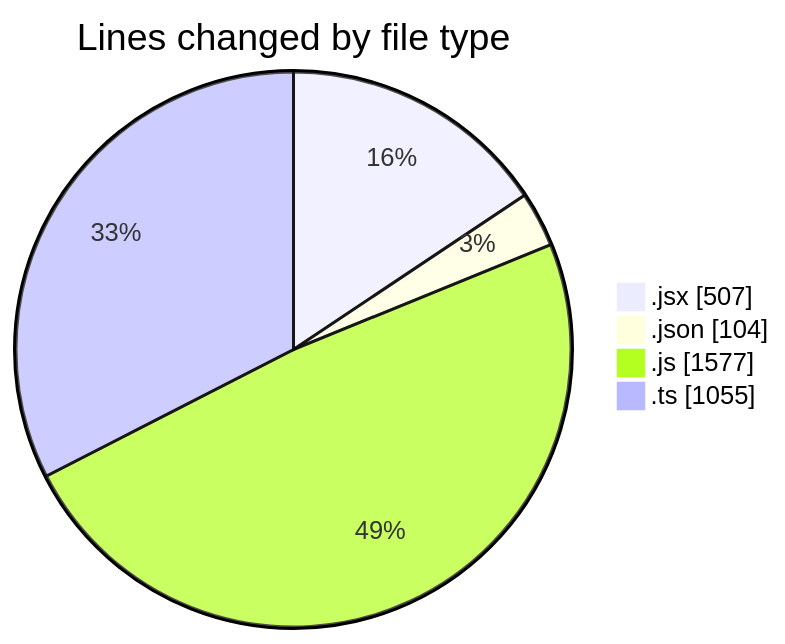
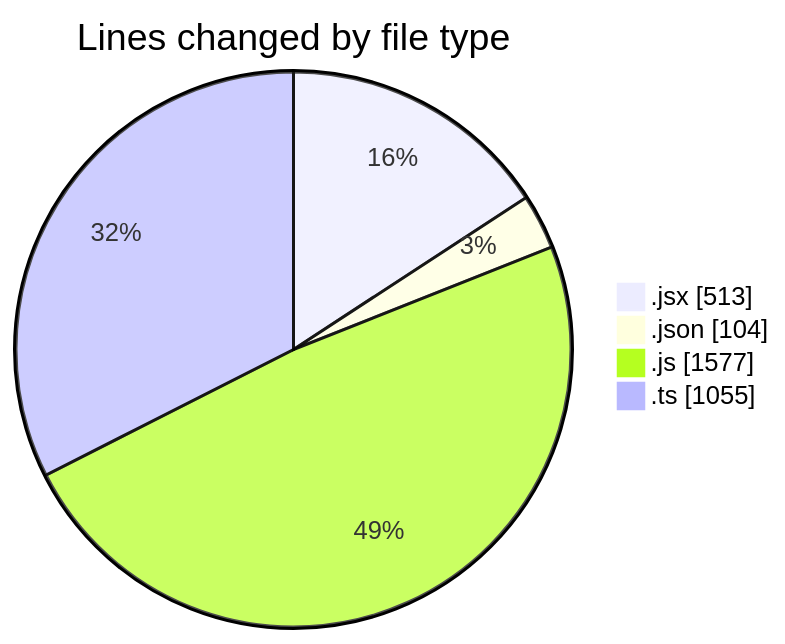
Before and after one commit to momahboobian/code-tracking: the first of 2 diagrams in 2025-05-19/cda/README.md, drawn with Mermaid. The commit also changed other lines of this file and 1 other file, not shown here.

````diff
--- a/2025-05-19/cda/README.md
+++ b/2025-05-19/cda/README.md
@@ -27,8 +27,8 @@
 ```mermaid
 pie showData
 title Lines changed by file type
-".jsx" : 507
+".jsx" : 513
 ".json" : 104
 ".js" : 1577
 ".ts" : 1055
 ```
````
